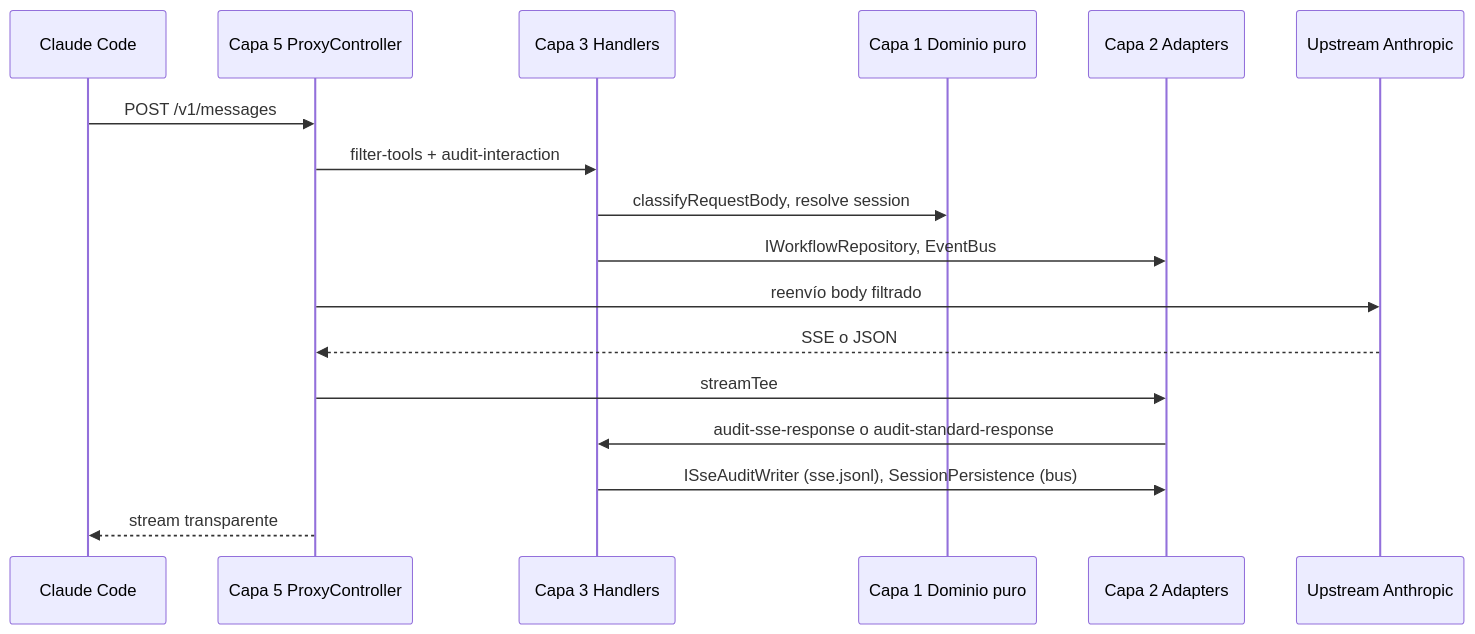
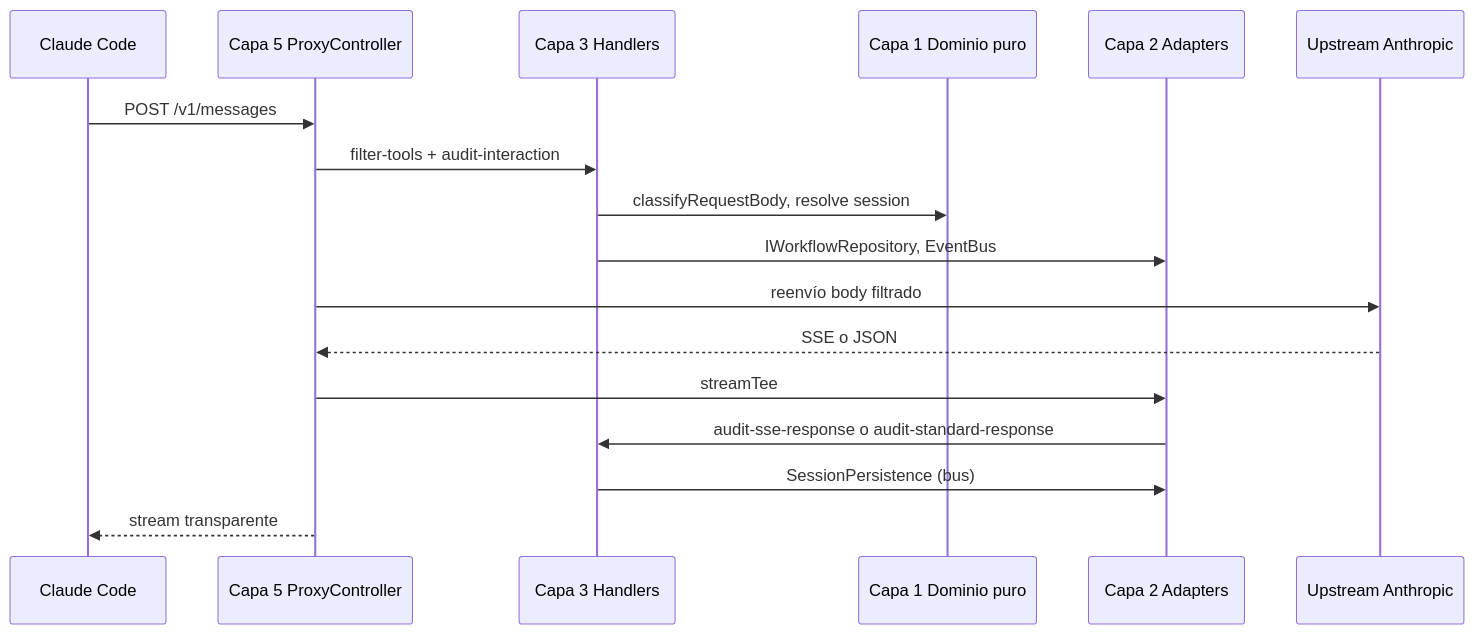
The third of 21 diagrams in docs/proposals/gateway-design.md (CristianRojas-SoftwareEngineer/EvolutiveX-Agent-Orchestrator), drawn with Mermaid before and after one commit. The commit also changed other lines of this file and 17 other files, not shown here.

````diff
--- a/docs/proposals/gateway-design.md
+++ b/docs/proposals/gateway-design.md
@@ -308,20 +308,20 @@
 ```mermaid
 sequenceDiagram
   participant CC as Claude Code
   participant L5 as Capa 5 ProxyController
   participant L3 as Capa 3 Handlers
   participant L1 as Capa 1 Dominio puro
   participant L2 as Capa 2 Adapters
   participant UP as Upstream Anthropic
 
   CC->>L5: POST /v1/messages
   L5->>L3: filter-tools + audit-interaction
   L3->>L1: classifyRequestBody, resolve session
   L3->>L2: IWorkflowRepository, EventBus
   L5->>UP: reenvío body filtrado
   UP-->>L5: SSE o JSON
   L5->>L2: streamTee
   L2->>L3: audit-sse-response o audit-standard-response
-  L3->>L2: ISseAuditWriter (sse.jsonl), SessionPersistence (bus)
+  L3->>L2: SessionPersistence (bus)
   L5-->>CC: stream transparente
 ```
````
